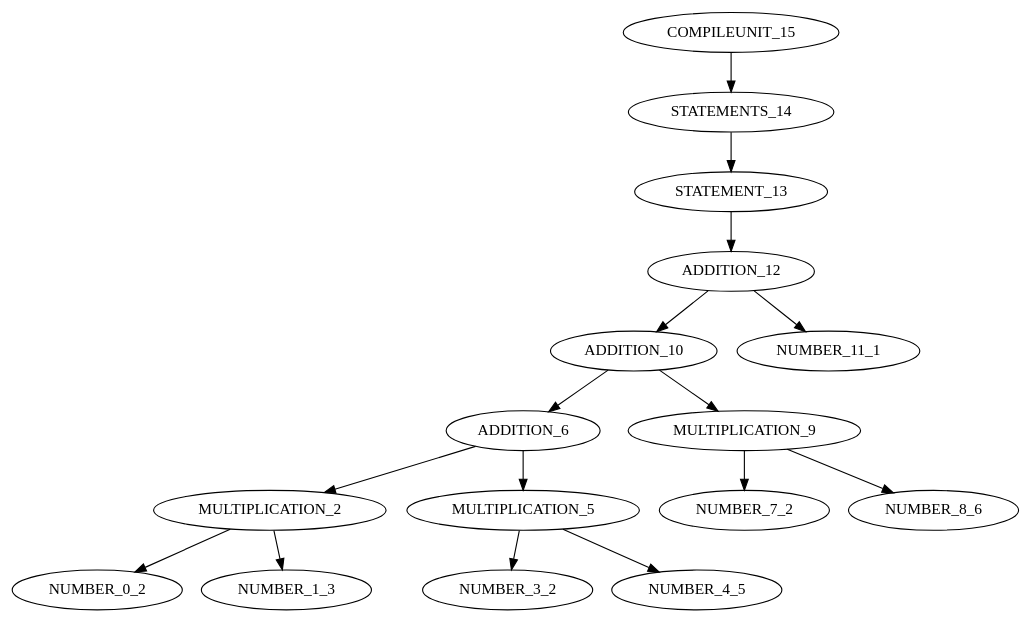
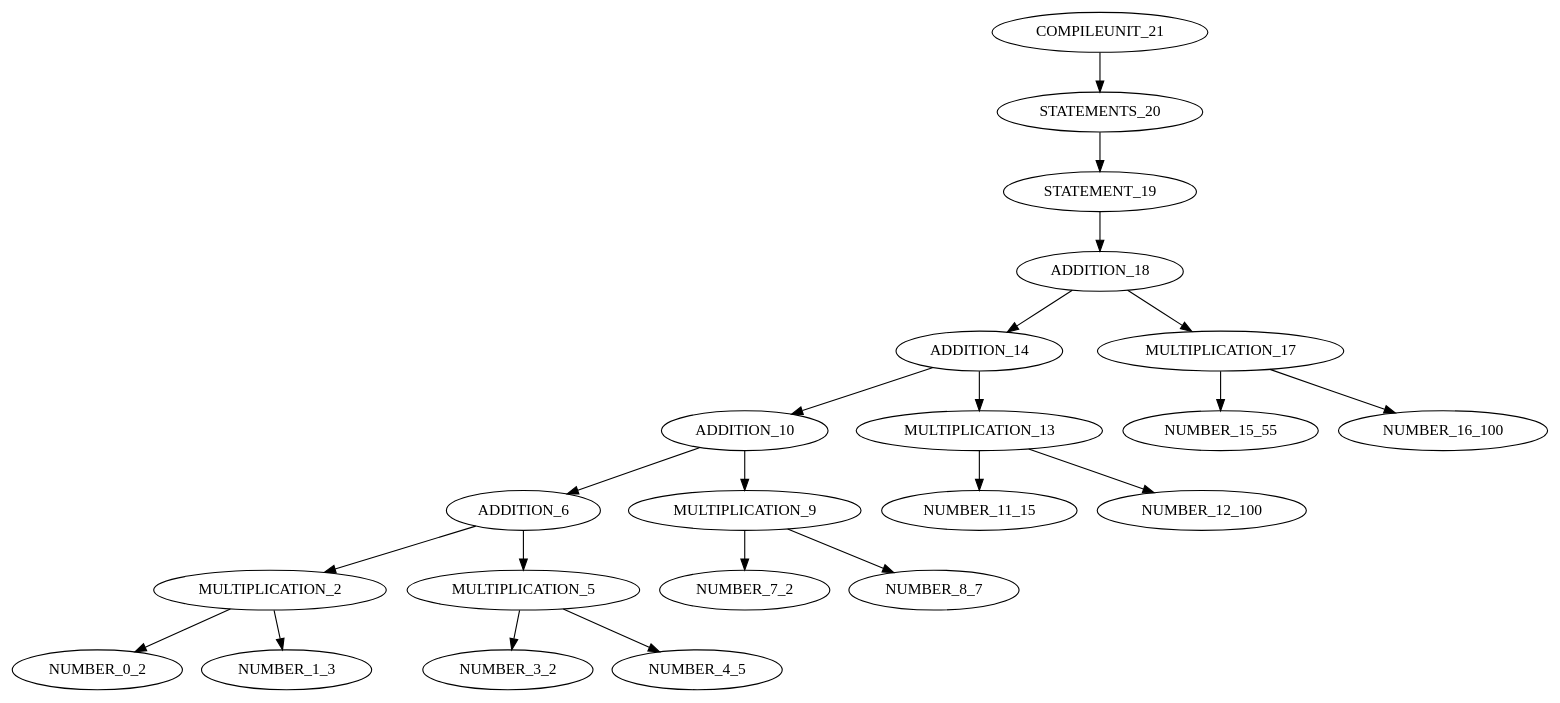
Before and after one commit to GBenakidis/Factorization-Compilers: the diagram in stree.dot, drawn with Graphviz. The commit also changed 7 other files, not shown here.

```diff
--- a/stree.dot
+++ b/stree.dot
@@ -1,17 +1,23 @@
 digraph G{ 
-"COMPILEUNIT_15"->"STATEMENTS_14";
-"STATEMENTS_14"->"STATEMENT_13";
-"STATEMENT_13"->"ADDITION_12";
-"ADDITION_12"->"ADDITION_10";
+"COMPILEUNIT_21"->"STATEMENTS_20";
+"STATEMENTS_20"->"STATEMENT_19";
+"STATEMENT_19"->"ADDITION_18";
+"ADDITION_18"->"ADDITION_14";
+"ADDITION_14"->"ADDITION_10";
 "ADDITION_10"->"ADDITION_6";
 "ADDITION_6"->"MULTIPLICATION_2";
 "MULTIPLICATION_2"->"NUMBER_0_2";
 "MULTIPLICATION_2"->"NUMBER_1_3";
 "ADDITION_6"->"MULTIPLICATION_5";
 "MULTIPLICATION_5"->"NUMBER_3_2";
 "MULTIPLICATION_5"->"NUMBER_4_5";
 "ADDITION_10"->"MULTIPLICATION_9";
 "MULTIPLICATION_9"->"NUMBER_7_2";
-"MULTIPLICATION_9"->"NUMBER_8_6";
-"ADDITION_12"->"NUMBER_11_1";
+"MULTIPLICATION_9"->"NUMBER_8_7";
+"ADDITION_14"->"MULTIPLICATION_13";
+"MULTIPLICATION_13"->"NUMBER_11_15";
+"MULTIPLICATION_13"->"NUMBER_12_100";
+"ADDITION_18"->"MULTIPLICATION_17";
+"MULTIPLICATION_17"->"NUMBER_15_55";
+"MULTIPLICATION_17"->"NUMBER_16_100";
 }
```
